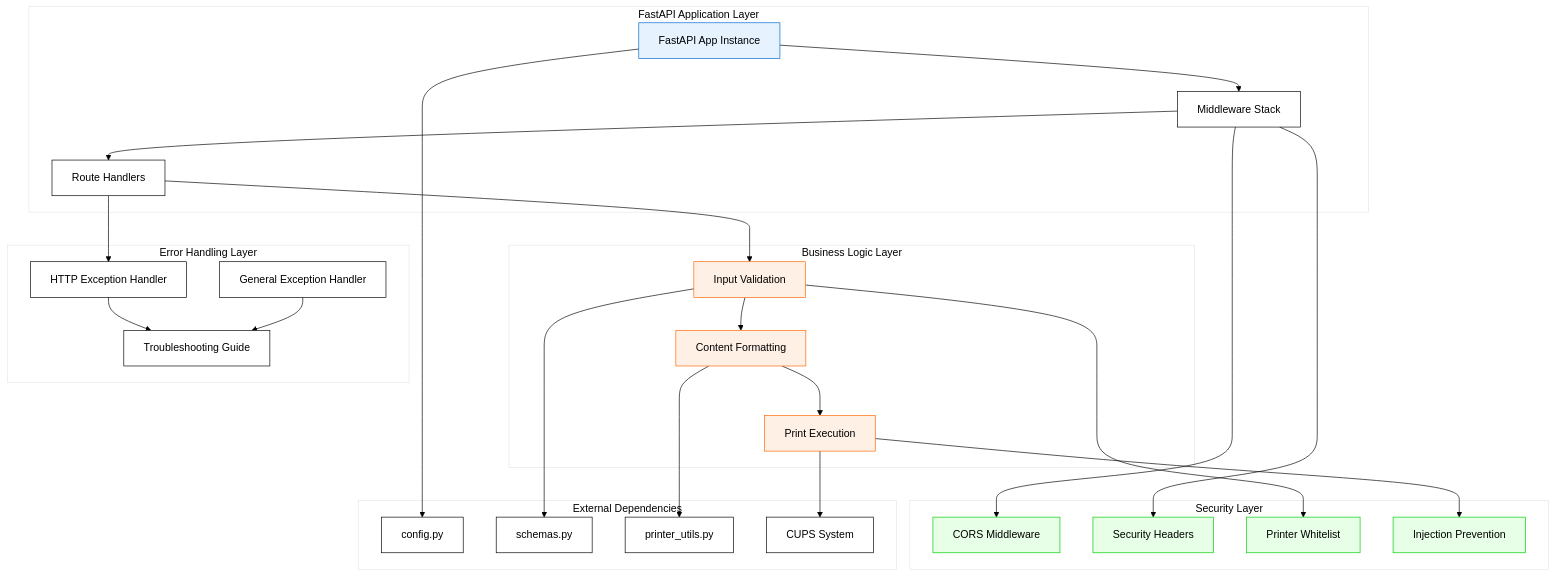
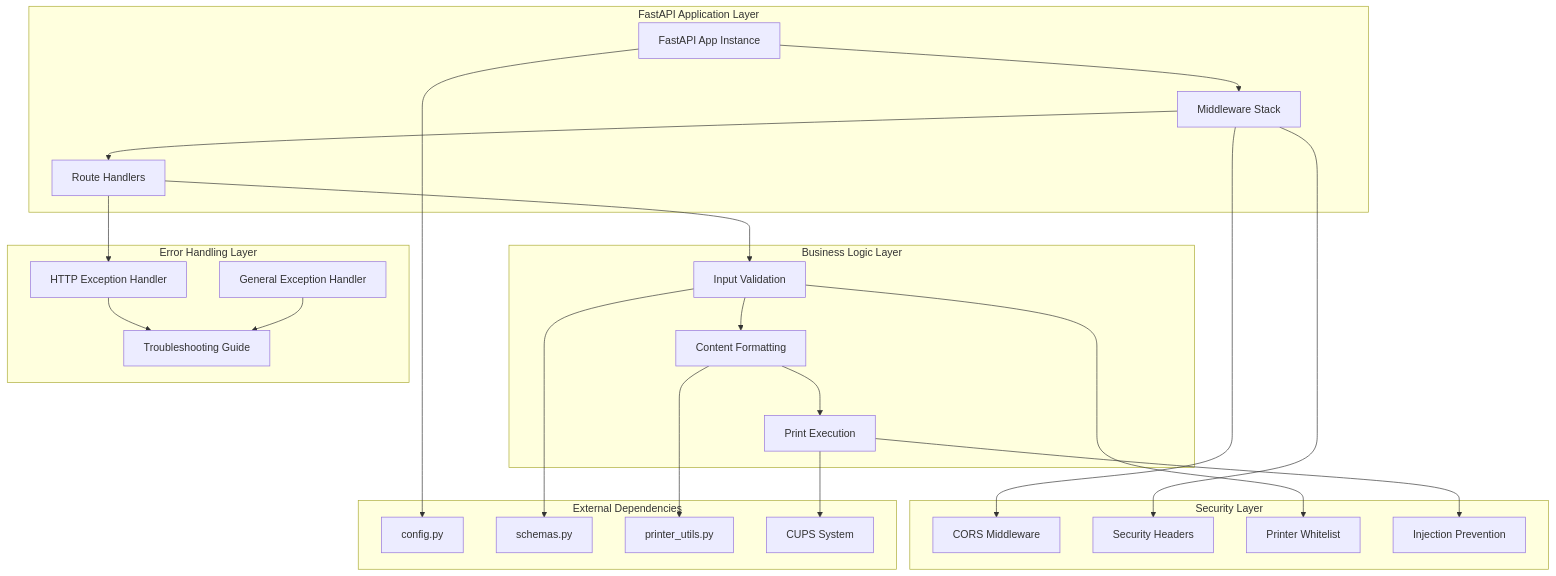
One commit to nicewook/receipt-printer changed the first of 4 diagrams in docs/fastapi-server-analysis.md. Above: the diagram before and after it, drawn with Mermaid. The commit also changed other lines of this file and 5 other files, not shown here.

First line of the commit message:
Fix documentation portal Mermaid rendering and clean up markdown files

````diff
--- a/docs/fastapi-server-analysis.md
+++ b/docs/fastapi-server-analysis.md
@@ -11,72 +11,55 @@
 ```mermaid
-%%{init: {
-  'theme': 'base',
-  'themeVariables': {
-    'primaryColor': '#ffffff',
-    'primaryTextColor': '#000000',
-    'primaryBorderColor': '#000000',
-    'lineColor': '#000000'
-  }
-}}%%
 graph TB
     subgraph "FastAPI Application Layer"
         APP[FastAPI App Instance]
         MW[Middleware Stack]
         ROUTES[Route Handlers]
     end
     
     subgraph "Business Logic Layer"
         VALIDATION[Input Validation]
         FORMATTING[Content Formatting]
         PRINTING[Print Execution]
     end
     
     subgraph "Security Layer"
         CORS[CORS Middleware]
         HEADERS[Security Headers]
         WHITELIST[Printer Whitelist]
         INJECTION[Injection Prevention]
     end
     
     subgraph "Error Handling Layer"
         HTTP_HANDLER[HTTP Exception Handler]
         GENERAL_HANDLER[General Exception Handler]
         TROUBLESHOOT[Troubleshooting Guide]
     end
     
     subgraph "External Dependencies"
         CONFIG[config.py]
         SCHEMAS[schemas.py]
         UTILS[printer_utils.py]
         CUPS[CUPS System]
     end
     
     APP --> MW
     MW --> ROUTES
     ROUTES --> VALIDATION
     VALIDATION --> FORMATTING
     FORMATTING --> PRINTING
     
     MW --> CORS
     MW --> HEADERS
     VALIDATION --> WHITELIST
     PRINTING --> INJECTION
     
     ROUTES --> HTTP_HANDLER
     HTTP_HANDLER --> TROUBLESHOOT
     GENERAL_HANDLER --> TROUBLESHOOT
     
     APP --> CONFIG
     VALIDATION --> SCHEMAS
     FORMATTING --> UTILS
     PRINTING --> CUPS
     
-    style APP fill:#e6f3ff,stroke:#0066cc,color:#000000
-    style VALIDATION fill:#fff0e6,stroke:#ff6600,color:#000000
-    style FORMATTING fill:#fff0e6,stroke:#ff6600,color:#000000
-    style PRINTING fill:#fff0e6,stroke:#ff6600,color:#000000
-    style CORS fill:#e6ffe6,stroke:#00cc00,color:#000000
-    style HEADERS fill:#e6ffe6,stroke:#00cc00,color:#000000
-    style WHITELIST fill:#e6ffe6,stroke:#00cc00,color:#000000
-    style INJECTION fill:#e6ffe6,stroke:#00cc00,color:#000000
 ```
````
